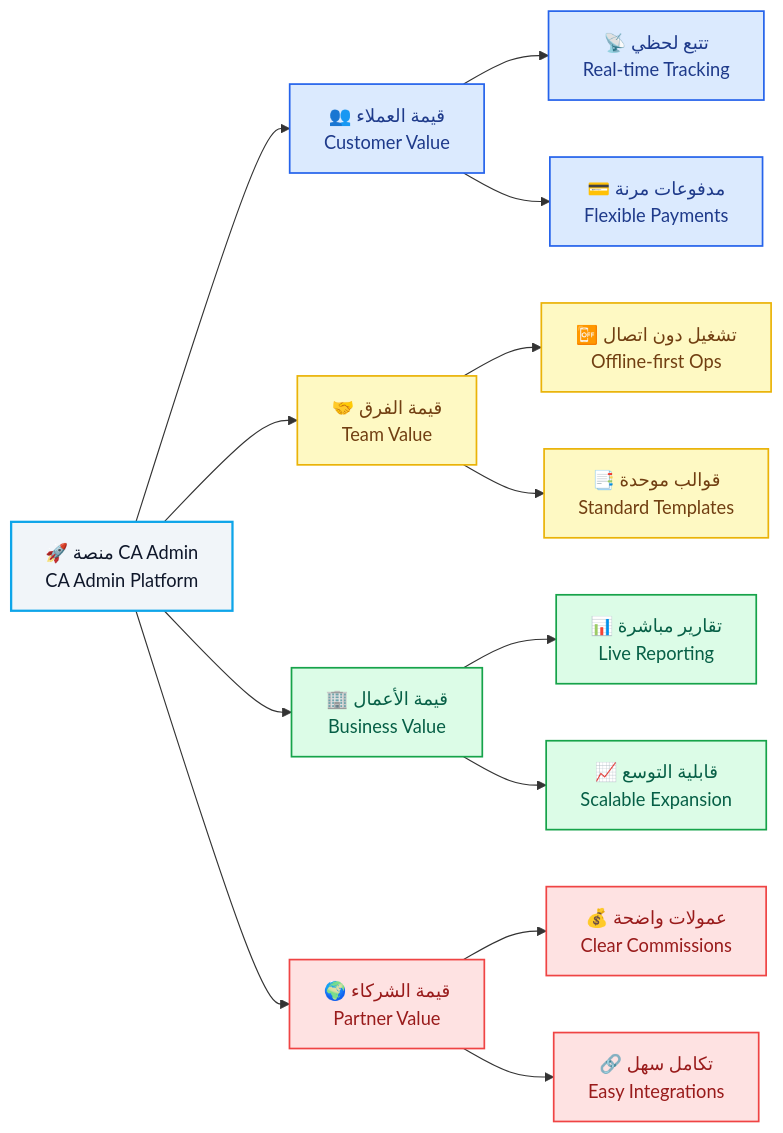
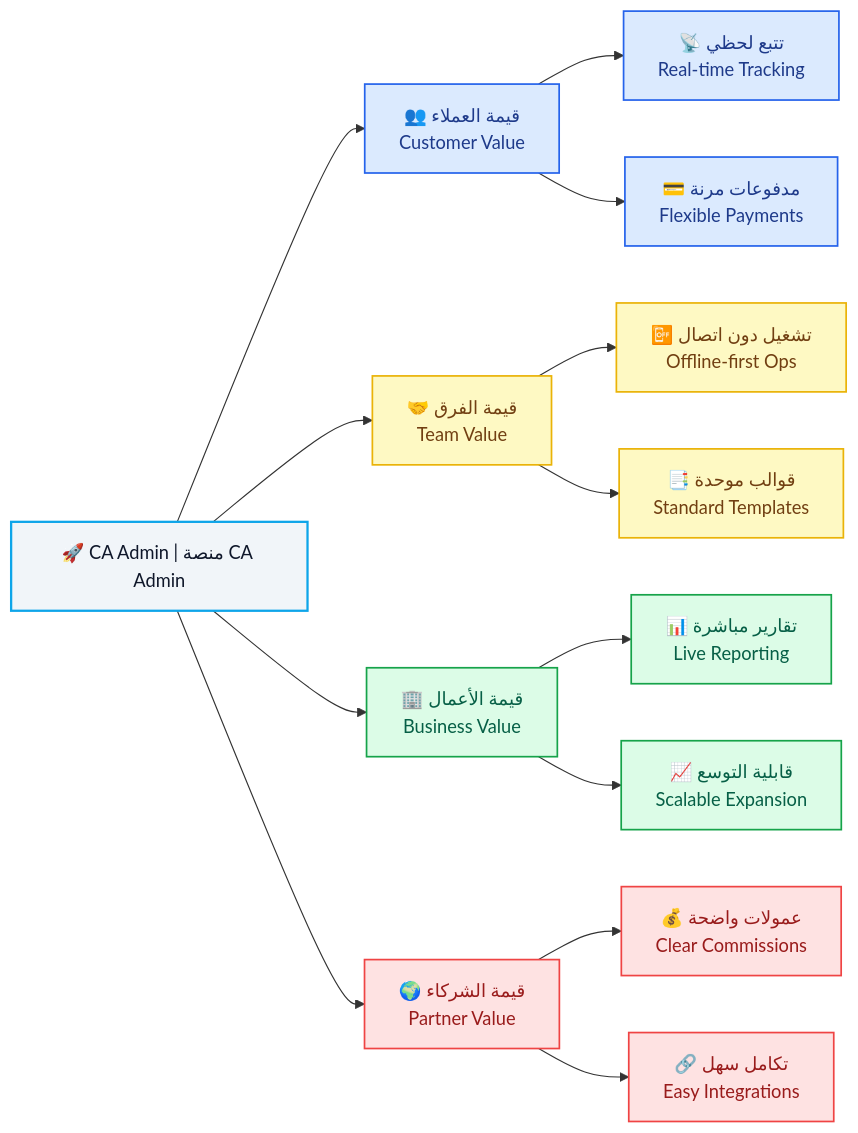
Before and after one commit to Ash69g/Documentation-Study: the fourth of 5 diagrams in docs/01-vision/01-vision.md, drawn with Mermaid. The commit also changed other lines of this file and 1 other file, not shown here.

````diff
--- a/docs/01-vision/01-vision.md
+++ b/docs/01-vision/01-vision.md
@@ -394,42 +295,33 @@
 ```mermaid
 flowchart LR
-  ROOT["🚀 منصة CA Admin\nCA Admin Platform"]
-  CUST["👥 قيمة العملاء\nCustomer Value"]
-  TEAM["🤝 قيمة الفرق\nTeam Value"]
-  BIZ["🏢 قيمة الأعمال\nBusiness Value"]
-  PART["🌍 قيمة الشركاء\nPartner Value"]
-  T1["📡 تتبع لحظي\nReal-time Tracking"]
-  T2["💳 مدفوعات مرنة\nFlexible Payments"]
-  T3["📴 تشغيل دون اتصال\nOffline-first Ops"]
-  T4["📑 قوالب موحدة\nStandard Templates"]
-  T5["📊 تقارير مباشرة\nLive Reporting"]
-  T6["📈 قابلية التوسع\nScalable Expansion"]
-  T7["💰 عمولات واضحة\nClear Commissions"]
-  T8["🔗 تكامل سهل\nEasy Integrations"]
+  ROOT["🚀 CA Admin | منصة CA Admin"]
 
-  ROOT --> CUST
-  ROOT --> TEAM
-  ROOT --> BIZ
-  ROOT --> PART
+  ROOT --> CUST["👥 قيمة العملاء<br>Customer Value"]
+  ROOT --> TEAM["🤝 قيمة الفرق<br>Team Value"]
+  ROOT --> BIZ["🏢 قيمة الأعمال<br>Business Value"]
+  ROOT --> PART["🌍 قيمة الشركاء<br>Partner Value"]
 
-  CUST --> T1
-  CUST --> T2
-  TEAM --> T3
-  TEAM --> T4
-  BIZ --> T5
-  BIZ --> T6
-  PART --> T7
-  PART --> T8
+  CUST --> T1["📡 تتبع لحظي<br>Real-time Tracking"]
+  CUST --> T2["💳 مدفوعات مرنة<br>Flexible Payments"]
+
+  TEAM --> T3["📴 تشغيل دون اتصال<br>Offline-first Ops"]
+  TEAM --> T4["📑 قوالب موحدة<br>Standard Templates"]
+
+  BIZ --> T5["📊 تقارير مباشرة<br>Live Reporting"]
+  BIZ --> T6["📈 قابلية التوسع<br>Scalable Expansion"]
+
+  PART --> T7["💰 عمولات واضحة<br>Clear Commissions"]
+  PART --> T8["🔗 تكامل سهل<br>Easy Integrations"]
 
   classDef root fill:#f1f5f9,stroke:#0ea5e9,stroke-width:2px,color:#0f172a;
   classDef cust fill:#dbeafe,stroke:#2563eb,stroke-width:1.5px,color:#1e3a8a;
   classDef team fill:#fef9c3,stroke:#eab308,stroke-width:1.5px,color:#713f12;
   classDef biz fill:#dcfce7,stroke:#16a34a,stroke-width:1.5px,color:#065f46;
   classDef part fill:#fee2e2,stroke:#ef4444,stroke-width:1.5px,color:#991b1b;
 
   class ROOT root;
   class CUST,T1,T2 cust;
   class TEAM,T3,T4 team;
   class BIZ,T5,T6 biz;
   class PART,T7,T8 part;
 ```
````
